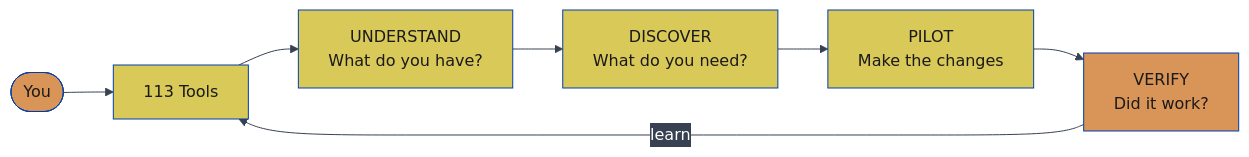
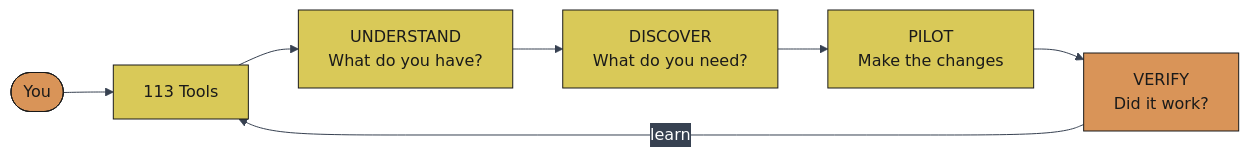
One commit to JosephOIbrahim/Comfy-Cozy changed the seventh of 27 diagrams in README.md. Above: the diagram before and after it, drawn with Mermaid. The commit also changed other lines of this file, not shown here.

First line of the commit message:
[DOCS] Convert mermaid styling to classDef for reliable GitHub rendering

````diff
--- a/README.md
+++ b/README.md
@@ -513,17 +506,15 @@
 ```mermaid
 %%{init: {'theme':'base','themeVariables': {'primaryColor':'#0066FF','primaryTextColor':'#ffffff','primaryBorderColor':'#003eaa','lineColor':'#374151','secondaryColor':'#374151','tertiaryColor':'#1f2937','fontFamily':'monospace'}}}%%
 graph LR
     You([You]) --> Agent[113 Tools]
     Agent --> Understand[UNDERSTAND<br/>What do you have?]
     Understand --> Discover[DISCOVER<br/>What do you need?]
     Discover --> Pilot[PILOT<br/>Make the changes]
     Pilot --> Verify[VERIFY<br/>Did it work?]
     Verify -->|learn| Agent
 
-    style You fill:#d99458,color:#1a1a1a
-    style Understand fill:#d9c958,color:#1a1a1a
-    style Discover fill:#d9c958,color:#1a1a1a
-    style Pilot fill:#d9c958,color:#1a1a1a
-    style Verify fill:#d99458,color:#1a1a1a
-    style Agent fill:#d9c958,color:#1a1a1a
+    classDef orange fill:#d99458,color:#1a1a1a,stroke:#1a1a1a
+    classDef yellow fill:#d9c958,color:#1a1a1a,stroke:#1a1a1a
+    class You,Verify orange
+    class Understand,Discover,Pilot,Agent yellow
 ```
````
